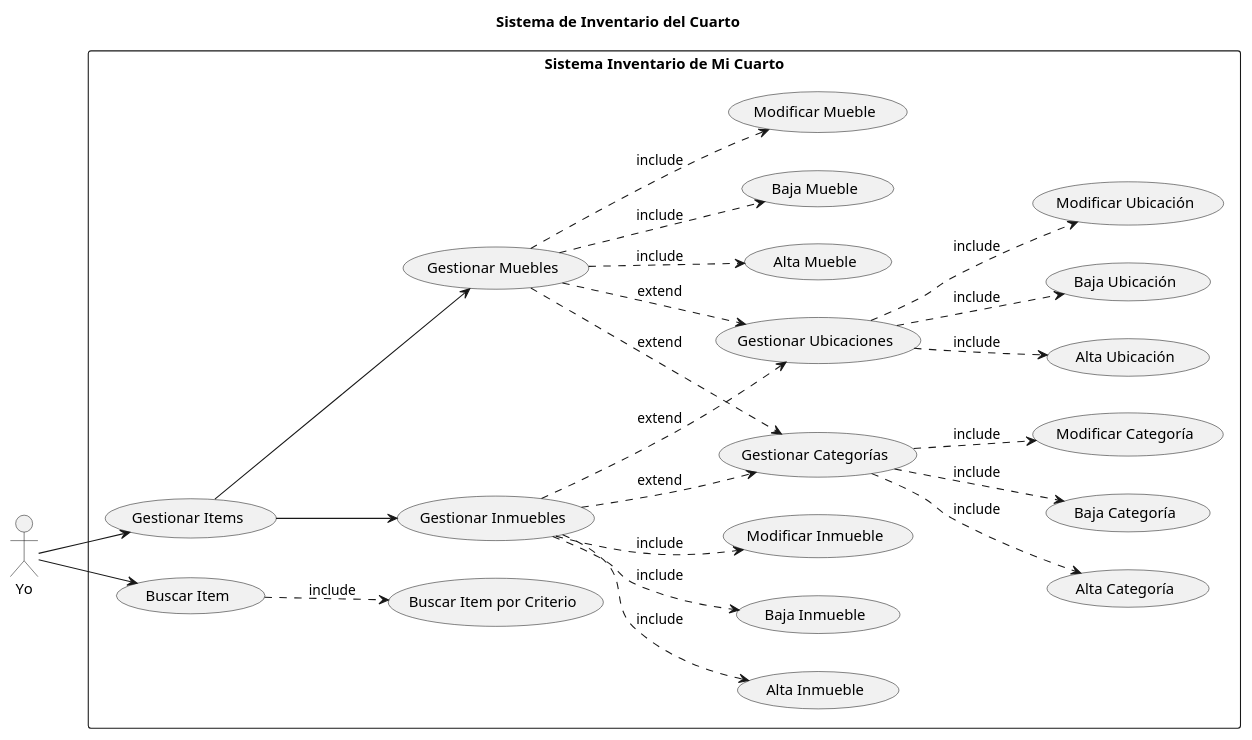
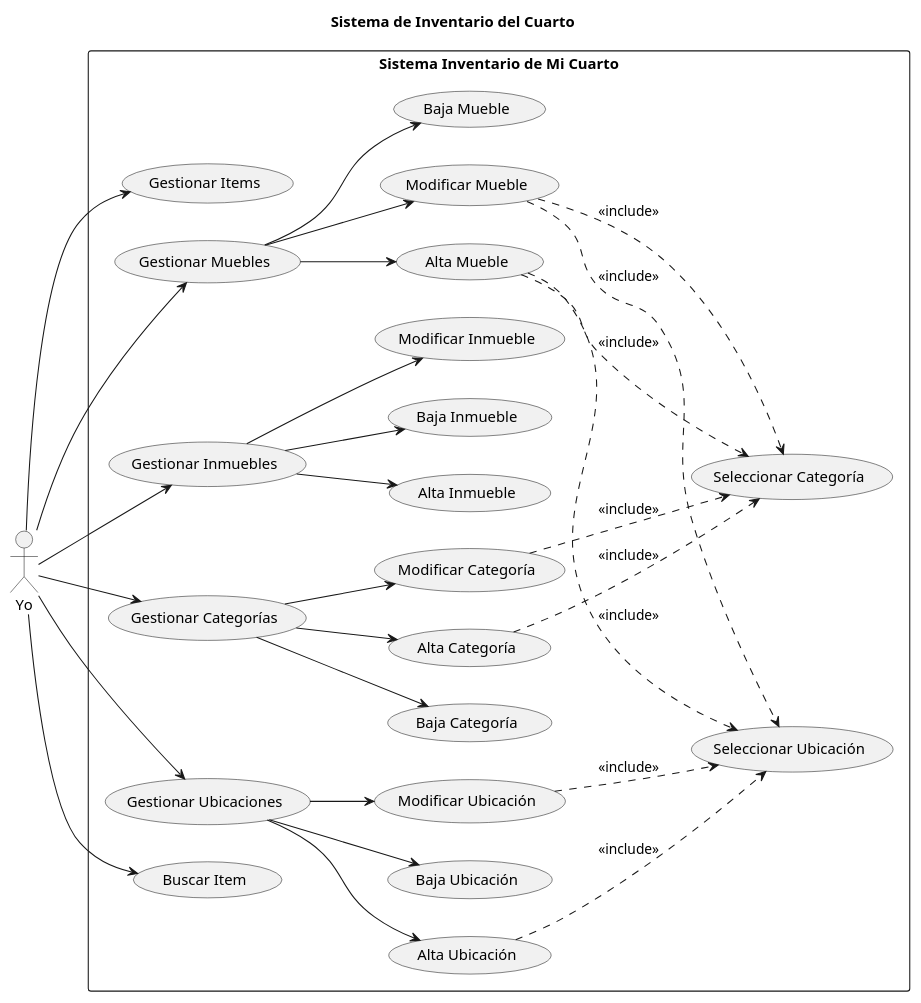
One commit to ricardouriegas/inventario-dormitorio changed the diagram in documentation/UML.puml. Above: the diagram before and after it, drawn with PlantUML. The commit also changed 17 other files, not shown here.

```diff
--- a/documentation/UML.puml
+++ b/documentation/UML.puml
@@ -1,69 +1,80 @@
 @startuml cuarto
-' view in vertical direction
+' Orientación horizontal
 left to right direction
 title Sistema de Inventario del Cuarto
 
 :Yo: as Admin
 
 rectangle "Sistema Inventario de Mi Cuarto" {
     (Gestionar Items) as CU1
     (Gestionar Muebles) as CU2
     (Gestionar Inmuebles) as CU3
     (Gestionar Categorías) as CU5
     (Gestionar Ubicaciones) as CU6
     (Buscar Item) as CU7
 
-    ' mueble
+    ' Mueble
     (Alta Mueble) as CU2.1
     (Baja Mueble) as CU2.2
     (Modificar Mueble) as CU2.3
 
-    ' inmueble
+    ' Inmueble
     (Alta Inmueble) as CU3.1
     (Baja Inmueble) as CU3.2
     (Modificar Inmueble) as CU3.3
 
-    ' categorías
+    ' Categorías
     (Alta Categoría) as CU5.1
     (Baja Categoría) as CU5.2
     (Modificar Categoría) as CU5.3
 
-    ' ubicaciones
+    ' Ubicaciones
     (Alta Ubicación) as CU6.1
     (Baja Ubicación) as CU6.2
     (Modificar Ubicación) as CU6.3
 
-    ' buscar item
-    (Buscar Item por Criterio) as CU7.1
-
-    CU2 .-> CU2.1 : include
-    CU2 .-> CU2.2 : include
-    CU2 .-> CU2.3 : include
-
-    CU3 .-> CU3.1 : include
-    CU3 .-> CU3.2 : include
-    CU3 .-> CU3.3 : include
-
-    CU5 .-> CU5.1 : include
-    CU5 .-> CU5.2 : include
-    CU5 .-> CU5.3 : include
-
-    CU6 .-> CU6.1 : include
-    CU6 .-> CU6.2 : include
-    CU6 .-> CU6.3 : include
-
-    CU7 .-> CU7.1 : include
-
-    CU2 .-> CU5 : extend
-    CU2 .-> CU6 : extend
-    
-    CU3 .-> CU5 : extend
-    CU3 .-> CU6 : extend
+    ' Casos de Uso Incluidos
+    (Seleccionar Categoría)
+    (Seleccionar Ubicación)
 }
 
-CU1 --> CU2
-CU1 --> CU3
+' Relaciones entre Actores y Casos de Uso Principales
 Admin --> CU1
+Admin --> CU2
+Admin --> CU3
+Admin --> CU5
+Admin --> CU6
 Admin --> CU7
 
+' Relaciones entre Casos de Uso Principales y Secundarios
+CU2 --> CU2.1
+CU2 --> CU2.2
+CU2 --> CU2.3
+
+CU3 --> CU3.1
+CU3 --> CU3.2
+CU3 --> CU3.3
+
+CU5 --> CU5.1
+CU5 --> CU5.2
+CU5 --> CU5.3
+
+CU6 --> CU6.1
+CU6 --> CU6.2
+CU6 --> CU6.3
+
+' Relaciones de Inclusión para Gestionar Muebles
+CU2.1 .-> (Seleccionar Categoría) : <<include>>
+CU2.1 .-> (Seleccionar Ubicación) : <<include>>
+CU2.3 .-> (Seleccionar Categoría) : <<include>>
+CU2.3 .-> (Seleccionar Ubicación) : <<include>>
+
+' Relaciones de Inclusión para Gestionar Categorías
+CU5.1 .-> (Seleccionar Categoría) : <<include>>
+CU5.3 .-> (Seleccionar Categoría) : <<include>>
+
+' Relaciones de Inclusión para Gestionar Ubicaciones
+CU6.1 .-> (Seleccionar Ubicación) : <<include>>
+CU6.3 .-> (Seleccionar Ubicación) : <<include>>
+
 @enduml
```
